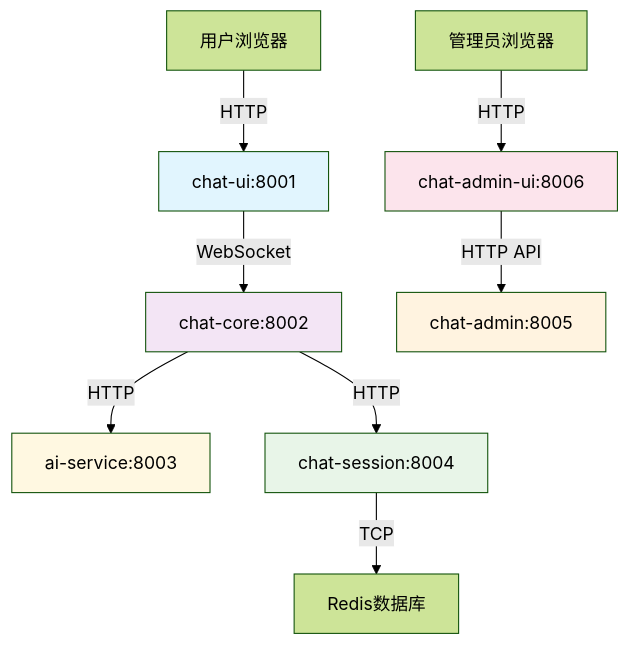
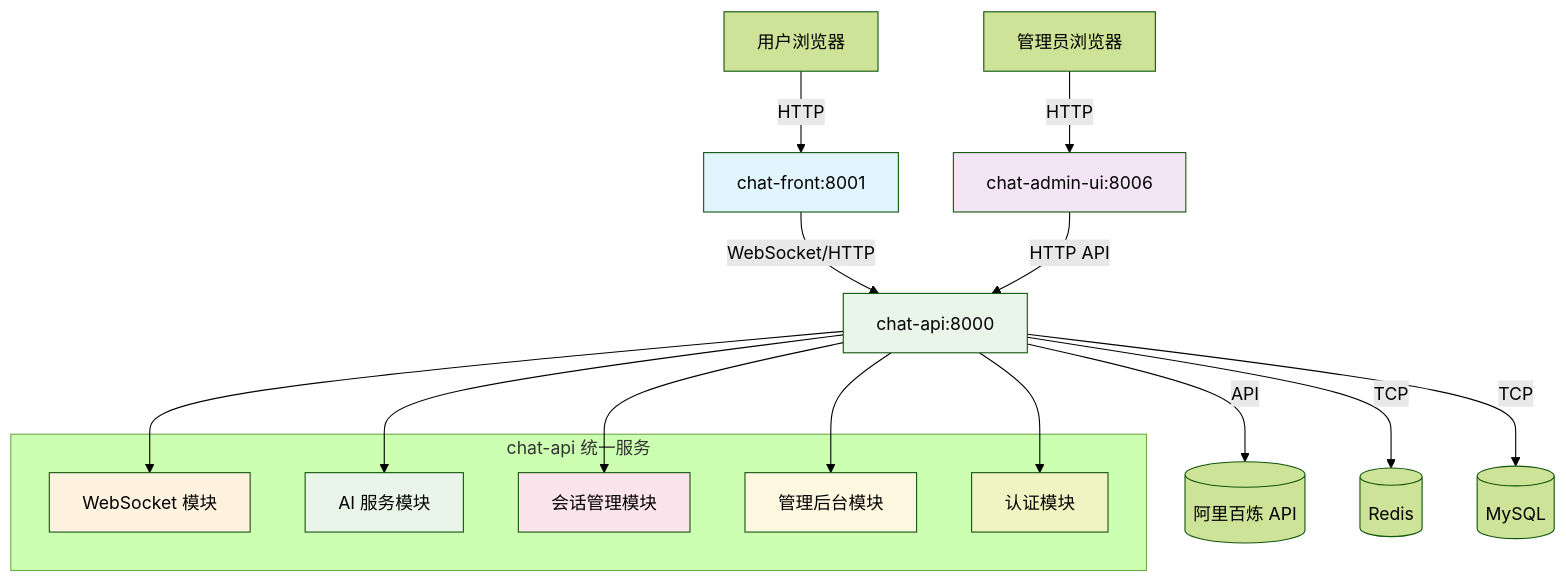
The diagram in PORT_CONFIGURATION.md (lonycn/OpenChatAgent), drawn with Mermaid (forest theme) before and after one commit. The commit also changed other lines of this file and 165 other files, not shown here.

````diff
--- a/PORT_CONFIGURATION.md
+++ b/PORT_CONFIGURATION.md
@@ -18,18 +24,35 @@
 ```mermaid
 graph TD
-    A[用户浏览器] -->|HTTP| B[chat-ui:8001]
-    B -->|WebSocket| C[chat-core:8002]
-    C -->|HTTP| D[ai-service:8003]
-    C -->|HTTP| E[chat-session:8004]
-    E -->|TCP| F[Redis数据库]
+    A[用户浏览器] -->|HTTP| B[chat-front:8001]
+    G[管理员浏览器] -->|HTTP| H[chat-admin-ui:8006]
 
-    G[管理员浏览器] -->|HTTP| H[chat-admin-ui:8006]
-    H -->|HTTP API| I[chat-admin:8005]
+    B -->|WebSocket/HTTP| C[chat-api:8000]
+    H -->|HTTP API| C
+
+    C -->|API| D[(阿里百炼 API)]
+    C -->|TCP| E[(Redis)]
+    C -->|TCP| F[(MySQL)]
+
+    subgraph "chat-api 统一服务"
+        C1[WebSocket 模块]
+        C2[AI 服务模块]
+        C3[会话管理模块]
+        C4[管理后台模块]
+        C5[认证模块]
+    end
+
+    C --> C1
+    C --> C2
+    C --> C3
+    C --> C4
+    C --> C5
 
     style B fill:#e1f5fe
-    style C fill:#f3e5f5
-    style D fill:#fff8e1
-    style E fill:#e8f5e8
-    style H fill:#fce4ec
-    style I fill:#fff3e0
+    style H fill:#f3e5f5
+    style C fill:#e8f5e8
+    style C1 fill:#fff3e0
+    style C2 fill:#e8f5e8
+    style C3 fill:#fce4ec
+    style C4 fill:#fff8e1
+    style C5 fill:#f0f4c3
 ```
````
